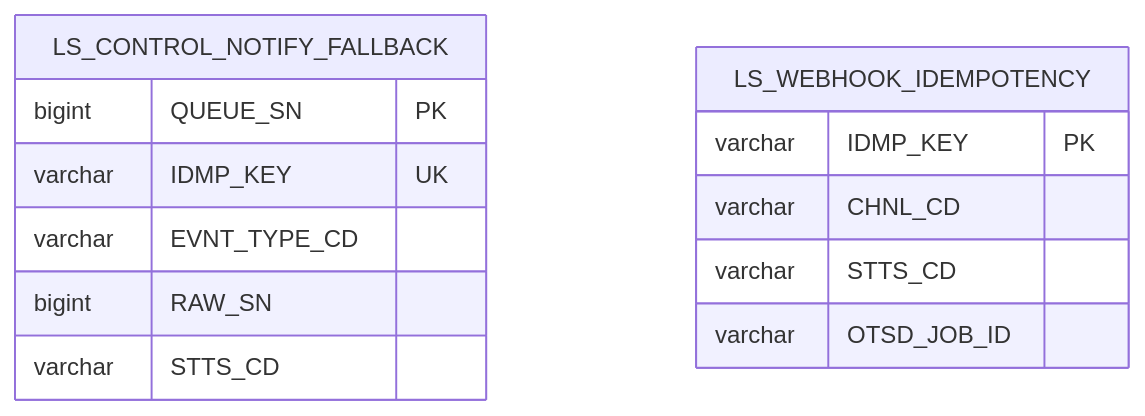
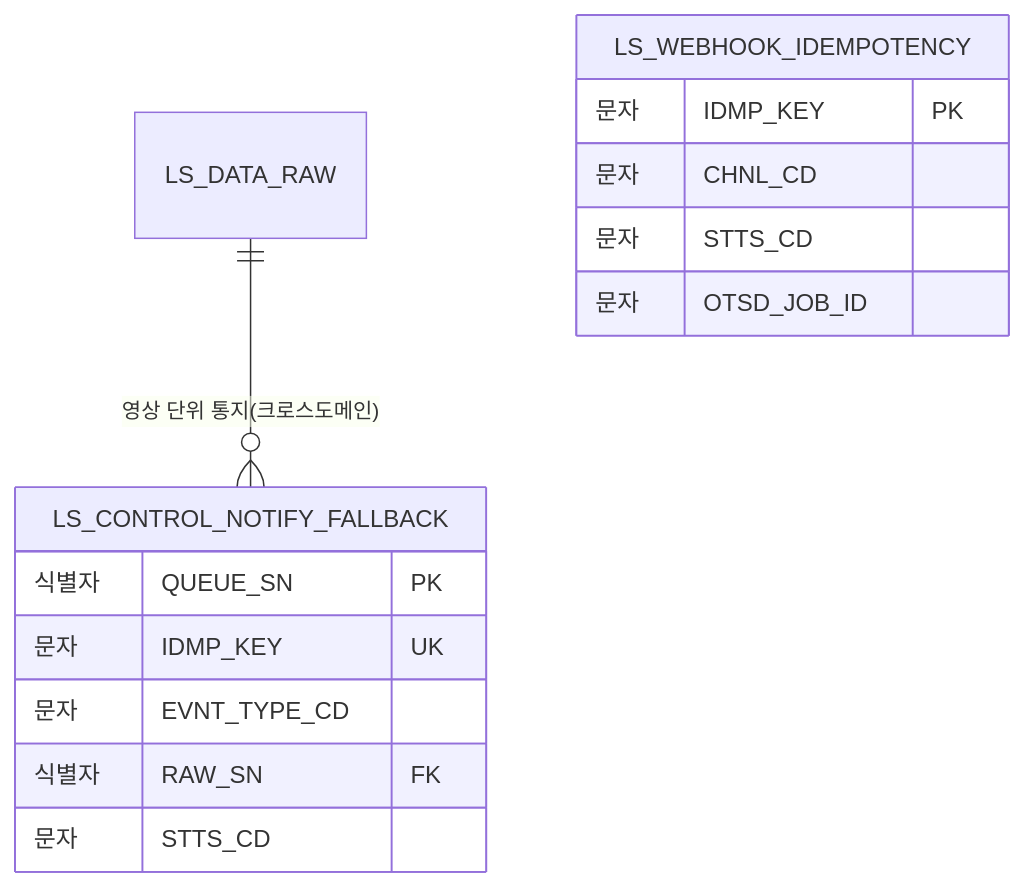
Diagram 12 of 13 in docs/design/D8-엔티티관계모형설계서.md (New-stella/klid-label), drawn with Mermaid before and after one commit. The commit also changed other lines of this file and 32 other files, not shown here.

````diff
--- a/docs/design/D8-엔티티관계모형설계서.md
+++ b/docs/design/D8-엔티티관계모형설계서.md
@@ -373,16 +398,17 @@
 ```mermaid
 erDiagram
+    LS_DATA_RAW ||--o{ LS_CONTROL_NOTIFY_FALLBACK : "영상 단위 통지(크로스도메인)"
     LS_CONTROL_NOTIFY_FALLBACK {
-        bigint QUEUE_SN PK
-        varchar IDMP_KEY UK
-        varchar EVNT_TYPE_CD
-        bigint RAW_SN
-        varchar STTS_CD
+        식별자 QUEUE_SN PK
+        문자 IDMP_KEY UK
+        문자 EVNT_TYPE_CD
+        식별자 RAW_SN FK
+        문자 STTS_CD
     }
     LS_WEBHOOK_IDEMPOTENCY {
-        varchar IDMP_KEY PK
-        varchar CHNL_CD
-        varchar STTS_CD
-        varchar OTSD_JOB_ID
+        문자 IDMP_KEY PK
+        문자 CHNL_CD
+        문자 STTS_CD
+        문자 OTSD_JOB_ID
     }
 ```
````
